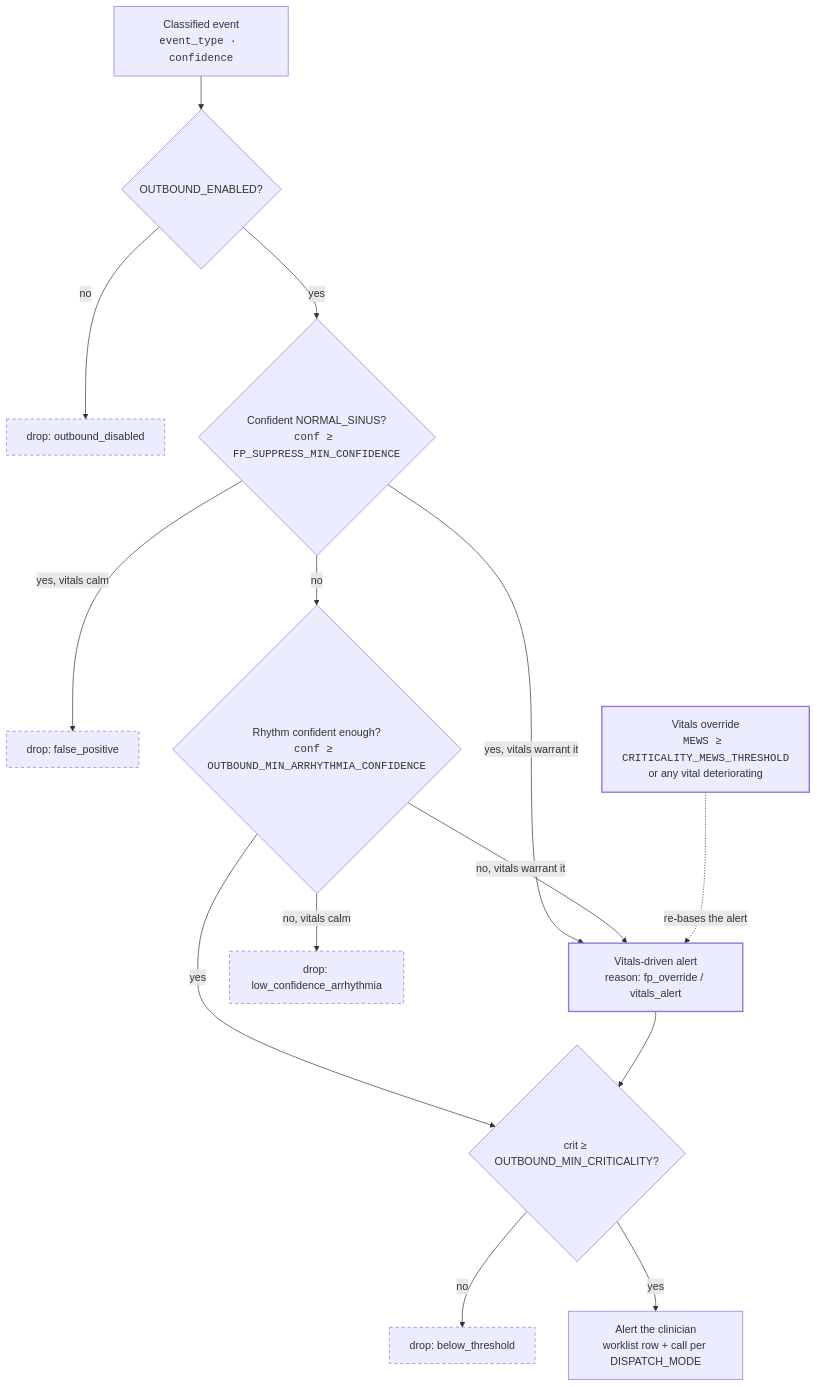
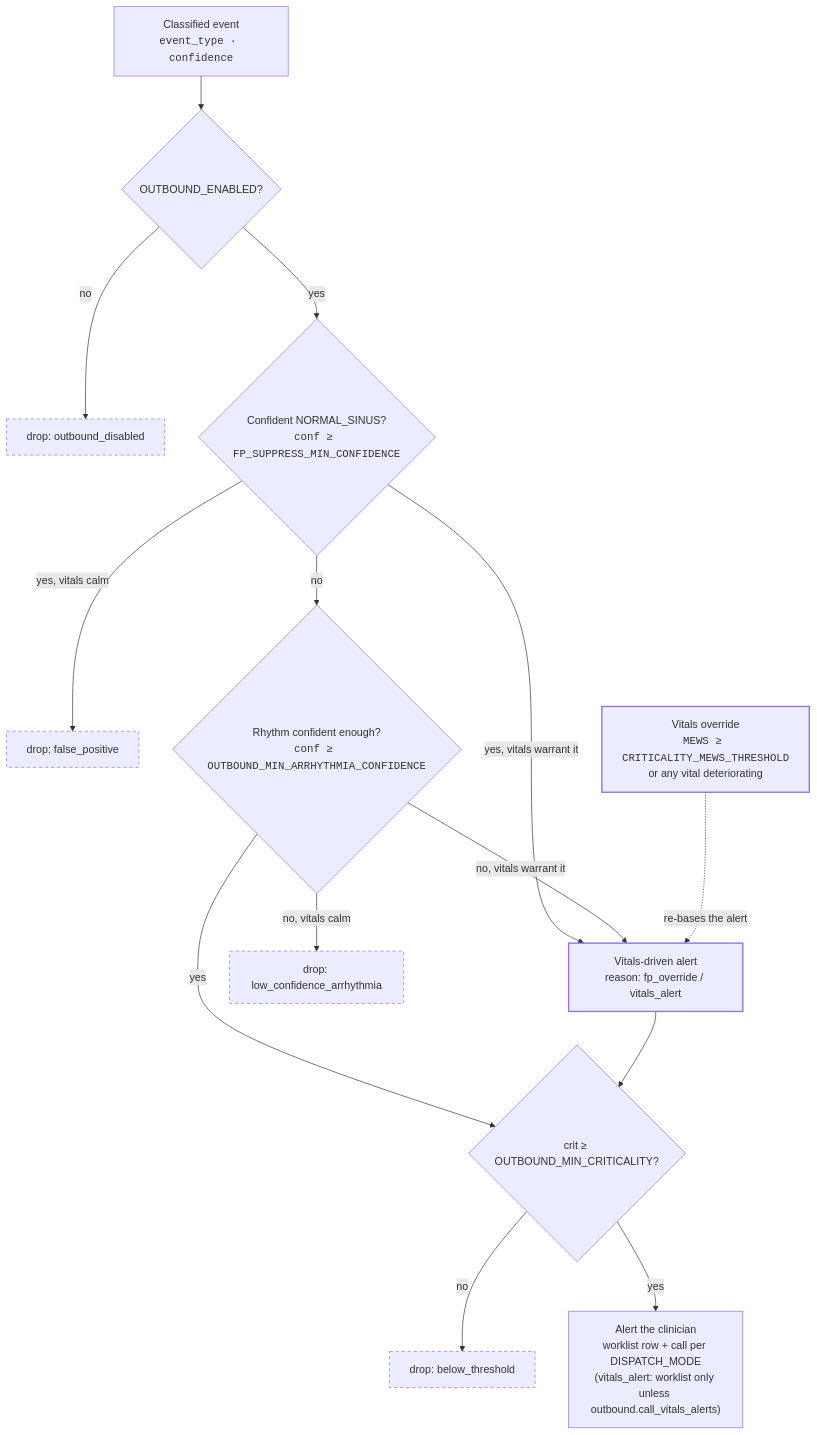
Before and after one commit to crtx-sg/rmsai-relay: the first of 5 diagrams in ARCHITECTURE.md, drawn with Mermaid. The commit also changed other lines of this file and 24 other files, not shown here.

First line of the commit message:
Docs checked against the code: README, ARCHITECTURE, guides and folder READMEs

````diff
--- a/ARCHITECTURE.md
+++ b/ARCHITECTURE.md
@@ -145,22 +145,22 @@
 ```mermaid
 flowchart TD
     E["Classified event<br/><code>event_type · confidence</code>"] --> A{"OUTBOUND_ENABLED?"}
     A -- no --> D1["drop: outbound_disabled"]
     A -- yes --> B{"Confident NORMAL_SINUS?<br/><code>conf ≥ FP_SUPPRESS_MIN_CONFIDENCE</code>"}
     B -- "yes, vitals calm" --> D2["drop: false_positive"]
     B -- "yes, vitals warrant it" --> V["Vitals-driven alert<br/>reason: fp_override / vitals_alert"]
     B -- no --> C{"Rhythm confident enough?<br/><code>conf ≥ OUTBOUND_MIN_ARRHYTHMIA_CONFIDENCE</code>"}
     C -- no, vitals calm --> D3["drop: low_confidence_arrhythmia"]
     C -- "no, vitals warrant it" --> V
     C -- yes --> K{"crit ≥ OUTBOUND_MIN_CRITICALITY?"}
     V --> K
     K -- no --> D4["drop: below_threshold"]
-    K -- yes --> P["Alert the clinician<br/>worklist row + call per DISPATCH_MODE"]
+    K -- yes --> P["Alert the clinician<br/>worklist row + call per DISPATCH_MODE<br/>(vitals_alert: worklist only unless outbound.call_vitals_alerts)"]
 
     W["Vitals override<br/><code>MEWS ≥ CRITICALITY_MEWS_THRESHOLD</code><br/>or any vital deteriorating"] -.->|re-bases the alert| V
 
     classDef drop stroke-dasharray: 5 4;
     classDef vitals stroke-width:2px;
     class D1,D2,D3,D4 drop;
     class V,W vitals;
 ```
````
